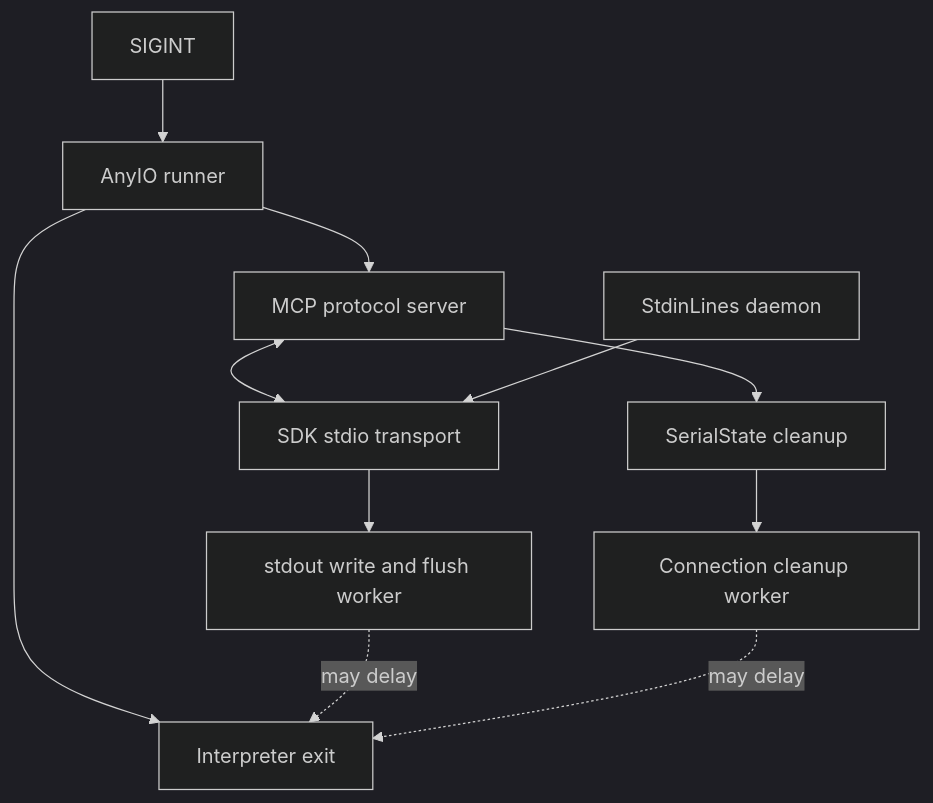
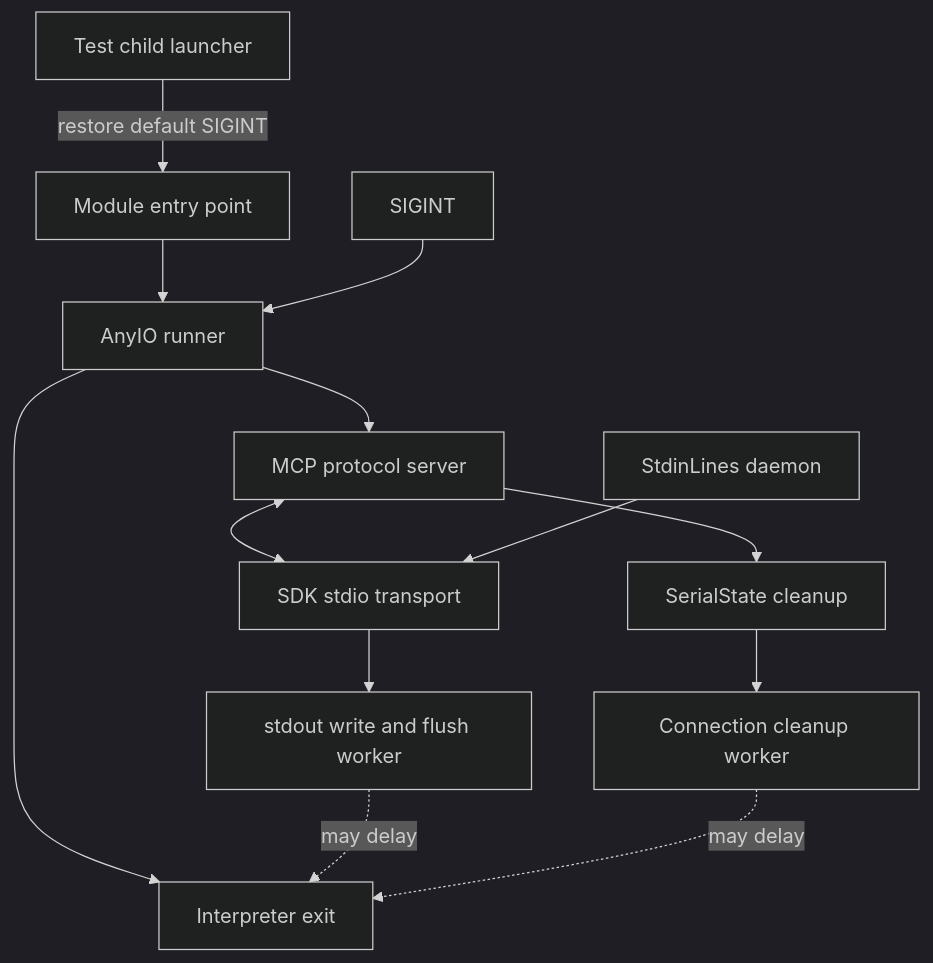
Before and after one commit to jonatsu/serial-mcp-server: the diagram in docs/plans/sigint-shutdown-design.md, drawn with Mermaid (dark theme). The commit also changed other lines of this file and 1 other file, not shown here.

Commit message:
docs(design): isolate inherited SIGINT test failure

````diff
--- a/docs/plans/sigint-shutdown-design.md
+++ b/docs/plans/sigint-shutdown-design.md
@@ -66,13 +73,15 @@
 ```mermaid
 flowchart TD
-    Signal[SIGINT] --> Runner[AnyIO runner]
+    Launcher[Test child launcher] -->|restore default SIGINT| Entry[Module entry point]
+    Entry --> Runner[AnyIO runner]
+    Signal[SIGINT] --> Runner
     Runner --> Serving[MCP protocol server]
     Serving <--> Transport[SDK stdio transport]
     Input[StdinLines daemon] --> Transport
     Transport --> Output[stdout write and flush worker]
     Serving --> Cleanup[SerialState cleanup]
     Cleanup --> Connections[Connection cleanup worker]
     Runner --> Exit[Interpreter exit]
     Output -. may delay .-> Exit
     Connections -. may delay .-> Exit
 ```
````
